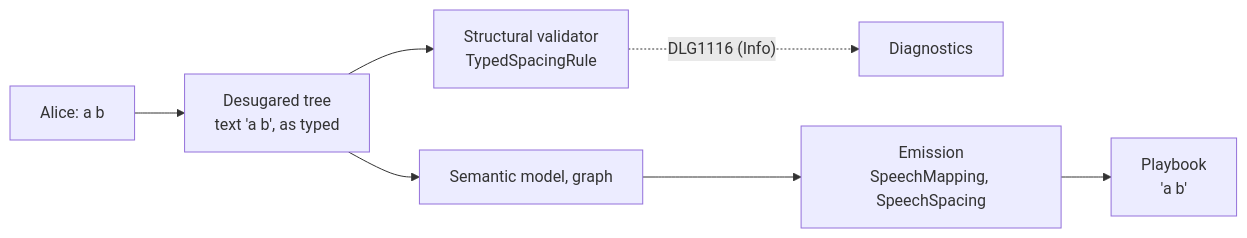
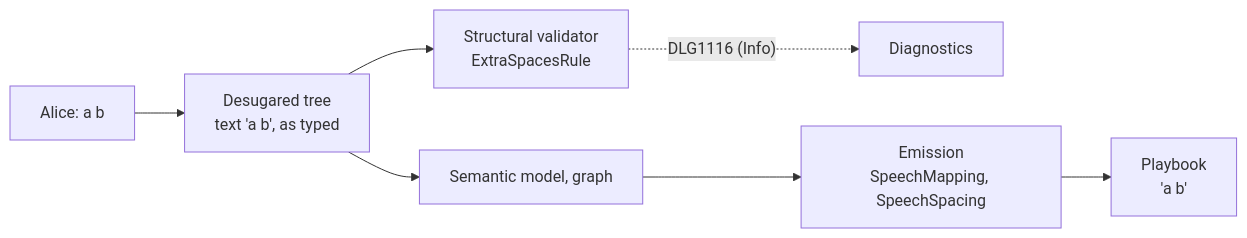
Before and after one commit to pengzhengyi/dialoguedown: the diagram in docs/contributing/design-notes/language/Speech Whitespace.md, drawn with Mermaid. The commit also changed other lines of this file and 1 other file, not shown here.

First line of the commit message:
docs(design): call spaces typed together extra spaces in Speech Whitespace

````diff
--- a/docs/contributing/design-notes/language/Speech Whitespace.md
+++ b/docs/contributing/design-notes/language/Speech Whitespace.md
@@ -298,9 +298,9 @@
 ```mermaid
 flowchart LR
     SRC["Alice: a    b"] --> DT["Desugared tree<br/>text 'a    b', as typed"]
-    DT --> VAL["Structural validator<br/>TypedSpacingRule"]
+    DT --> VAL["Structural validator<br/>ExtraSpacesRule"]
     VAL -. "DLG1116 (Info)" .-> SINK["Diagnostics"]
     DT --> MID["Semantic model, graph"]
     MID --> EM["Emission<br/>SpeechMapping, SpeechSpacing"]
     EM --> PB["Playbook<br/>'a b'"]
 ```
````
